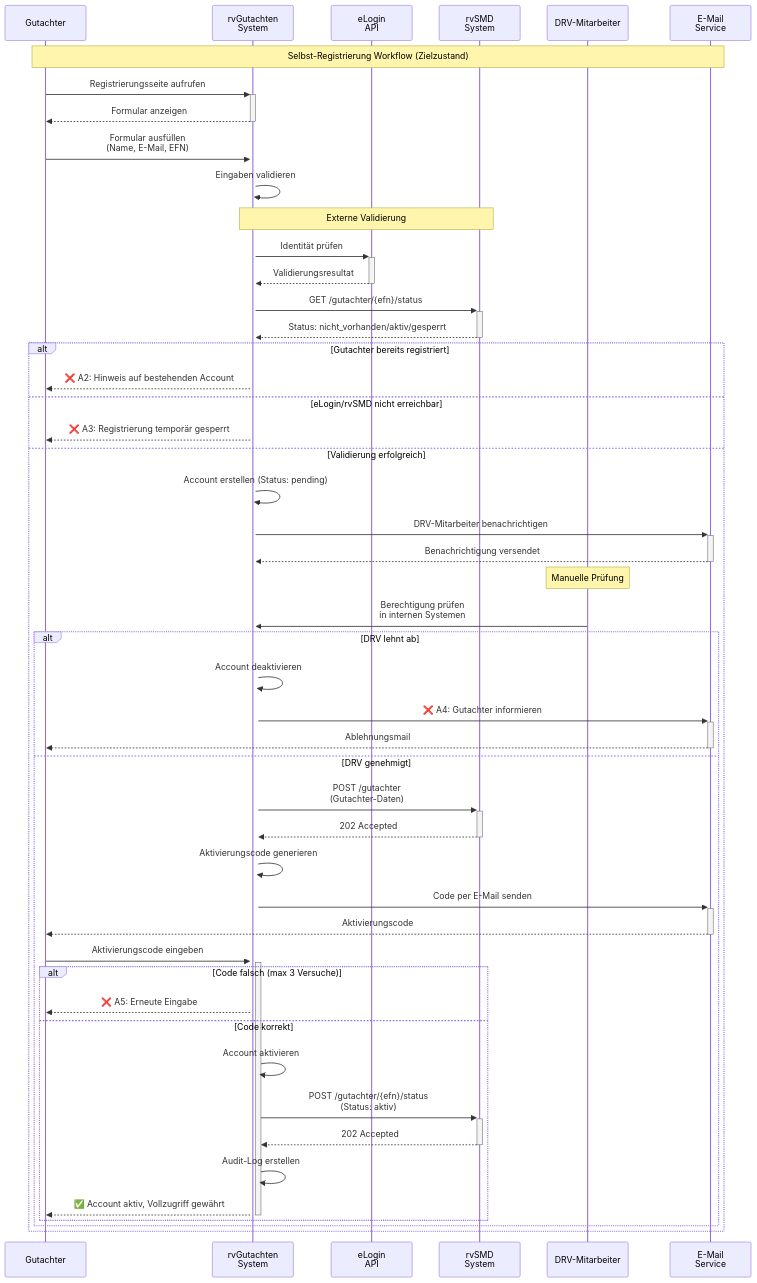
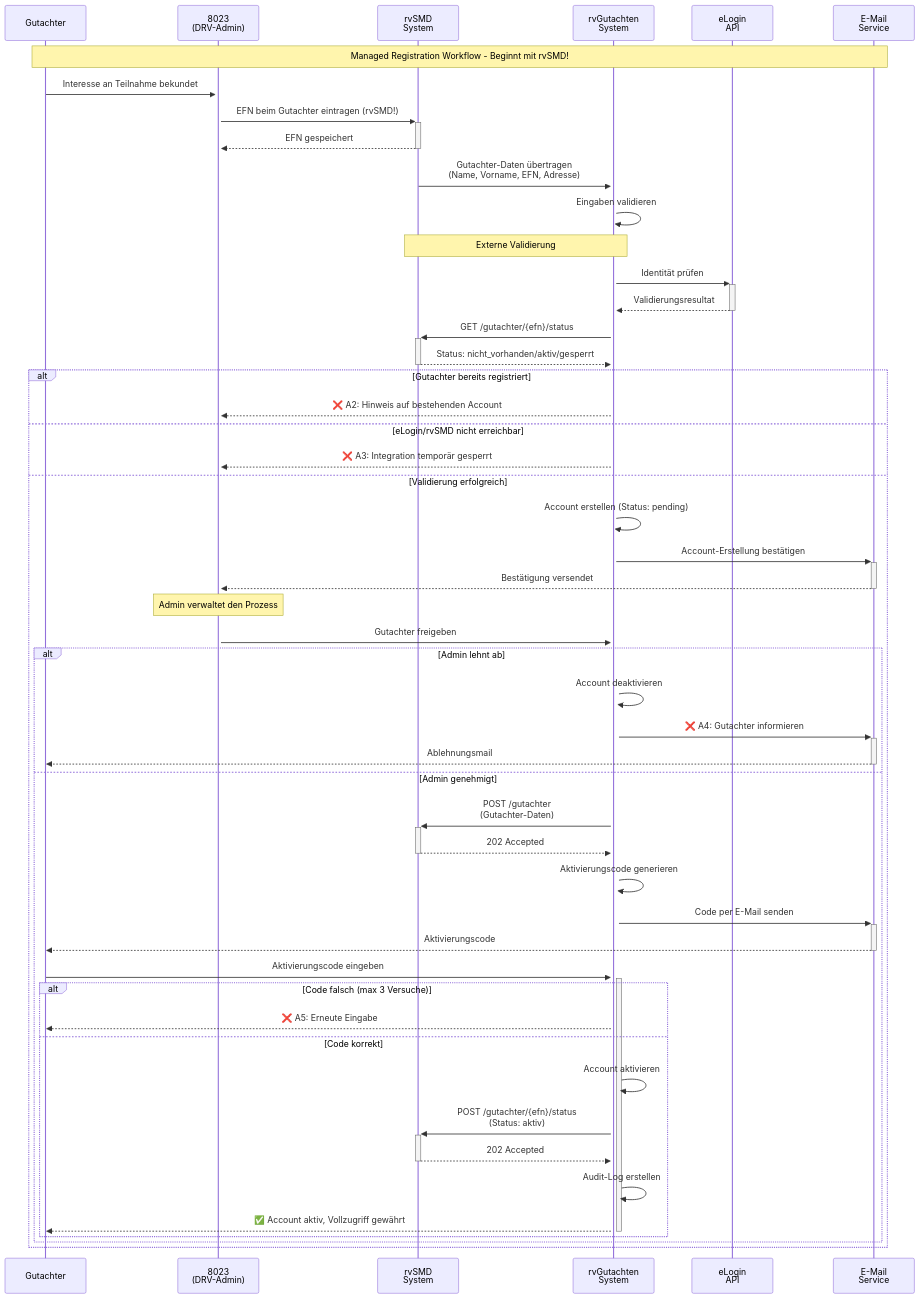
Before and after one commit to megadur/QARvGut: the first of 6 diagrams in docs/UseCases/system-integration-sequences.md, drawn with Mermaid. The commit also changed other lines of this file and 7 other files, not shown here.

First line of the commit message:
Add detailed numbered sequence diagrams for QARvGut MVP use cases

````diff
--- a/docs/UseCases/system-integration-sequences.md
+++ b/docs/UseCases/system-integration-sequences.md
@@ -26,63 +26,64 @@
 ```mermaid
 sequenceDiagram
     participant G as Gutachter
+    participant ADM as 8023<br/>(DRV-Admin)
+    participant RVS as rvSMD<br/>System
     participant RVG as rvGutachten<br/>System
     participant EL as eLogin<br/>API
-    participant RVS as rvSMD<br/>System
-    participant DRV as DRV-Mitarbeiter
     participant EMAIL as E-Mail<br/>Service
-    
-    Note over G,EMAIL: Selbst-Registrierung Workflow (Zielzustand)
-    
-    G->>+RVG: Registrierungsseite aufrufen
-    RVG-->>-G: Formular anzeigen
-    
-    G->>+RVG: Formular ausfüllen<br/>(Name, E-Mail, EFN)
+
+    Note over G,EMAIL: Managed Registration Workflow - Beginnt mit rvSMD!
+
+    G->>+ADM: Interesse an Teilnahme bekundet
+    ADM->>+RVS: EFN beim Gutachter eintragen (rvSMD!)
+    RVS-->>-ADM: EFN gespeichert
+
+    RVS->>+RVG: Gutachter-Daten übertragen<br/>(Name, Vorname, EFN, Adresse)
     RVG->>RVG: Eingaben validieren
     
     Note over RVG,RVS: Externe Validierung
     RVG->>+EL: Identität prüfen
     EL-->>-RVG: Validierungsresultat
     
     RVG->>+RVS: GET /gutachter/{efn}/status
     RVS-->>-RVG: Status: nicht_vorhanden/aktiv/gesperrt
     
     alt Gutachter bereits registriert
-        RVG-->>G: ❌ A2: Hinweis auf bestehenden Account
+        RVG-->>ADM: ❌ A2: Hinweis auf bestehenden Account
     else eLogin/rvSMD nicht erreichbar
-        RVG-->>G: ❌ A3: Registrierung temporär gesperrt
+        RVG-->>ADM: ❌ A3: Integration temporär gesperrt
     else Validierung erfolgreich
         RVG->>RVG: Account erstellen (Status: pending)
-        RVG->>+EMAIL: DRV-Mitarbeiter benachrichtigen
-        EMAIL-->>-RVG: Benachrichtigung versendet
+        RVG->>+EMAIL: Account-Erstellung bestätigen
+        EMAIL-->>-ADM: Bestätigung versendet
+
+        Note over ADM: Admin verwaltet den Prozess
+        ADM->>+RVG: Gutachter freigeben
         
-        Note over DRV: Manuelle Prüfung
-        DRV->>+RVG: Berechtigung prüfen<br/>in internen Systemen
-        
-        alt DRV lehnt ab
+        alt Admin lehnt ab
             RVG->>RVG: Account deaktivieren
             RVG->>+EMAIL: ❌ A4: Gutachter informieren
             EMAIL-->>-G: Ablehnungsmail
-        else DRV genehmigt
+        else Admin genehmigt
             RVG->>+RVS: POST /gutachter<br/>(Gutachter-Daten)
             RVS-->>-RVG: 202 Accepted
             
             RVG->>RVG: Aktivierungscode generieren
             RVG->>+EMAIL: Code per E-Mail senden
             EMAIL-->>-G: Aktivierungscode
             
             G->>+RVG: Aktivierungscode eingeben
             
             alt Code falsch (max 3 Versuche)
                 RVG-->>G: ❌ A5: Erneute Eingabe
             else Code korrekt
                 RVG->>RVG: Account aktivieren
                 RVG->>+RVS: POST /gutachter/{efn}/status<br/>(Status: aktiv)
                 RVS-->>-RVG: 202 Accepted
                 
                 RVG->>RVG: Audit-Log erstellen
                 RVG-->>-G: ✅ Account aktiv, Vollzugriff gewährt
             end
         end
     end
 ```
````
